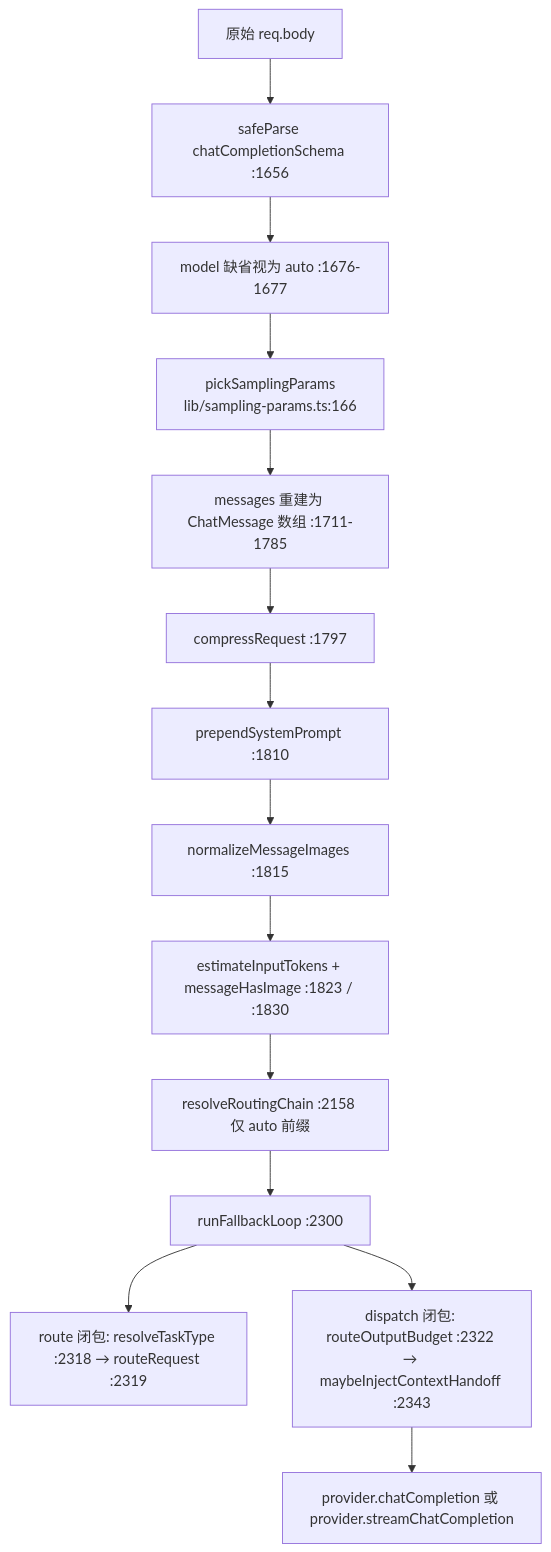
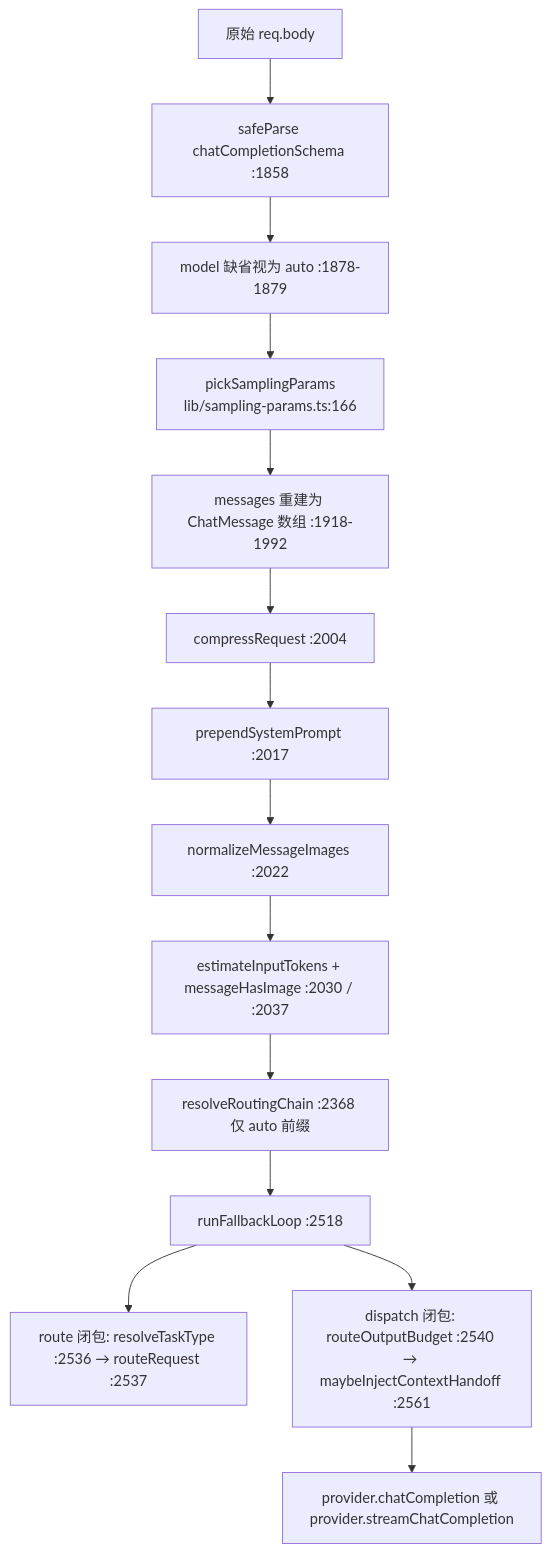
The third of 8 diagrams in docs/adrian/sourceReader/03-详细逐步说明-主链路拆解.md (adrian9778/freellmapi), drawn with Mermaid before and after one commit. The commit also changed other lines of this file and 12 other files, not shown here.

````diff
--- a/docs/adrian/sourceReader/03-详细逐步说明-主链路拆解.md
+++ b/docs/adrian/sourceReader/03-详细逐步说明-主链路拆解.md
@@ -154,16 +154,16 @@
 ```mermaid
 flowchart TD
-    RawBody[原始 req.body] --> V[safeParse chatCompletionSchema :1656]
-    V --> A[model 缺省视为 auto :1676-1677]
+    RawBody[原始 req.body] --> V[safeParse chatCompletionSchema :1858]
+    V --> A[model 缺省视为 auto :1878-1879]
     A --> P[pickSamplingParams<br/>lib/sampling-params.ts:166]
-    P --> M[messages 重建为 ChatMessage 数组 :1711-1785]
-    M --> CP[compressRequest :1797]
-    CP --> SP[prependSystemPrompt :1810]
-    SP --> IMG[normalizeMessageImages :1815]
-    IMG --> EST[estimateInputTokens + messageHasImage :1823 / :1830]
-    EST --> CH[resolveRoutingChain :2158 仅 auto 前缀]
-    CH --> LOOP[runFallbackLoop :2300]
-    LOOP --> RT[route 闭包: resolveTaskType :2318 → routeRequest :2319]
-    LOOP --> DI[dispatch 闭包: routeOutputBudget :2322 → maybeInjectContextHandoff :2343]
+    P --> M[messages 重建为 ChatMessage 数组 :1918-1992]
+    M --> CP[compressRequest :2004]
+    CP --> SP[prependSystemPrompt :2017]
+    SP --> IMG[normalizeMessageImages :2022]
+    IMG --> EST[estimateInputTokens + messageHasImage :2030 / :2037]
+    EST --> CH[resolveRoutingChain :2368 仅 auto 前缀]
+    CH --> LOOP[runFallbackLoop :2518]
+    LOOP --> RT[route 闭包: resolveTaskType :2536 → routeRequest :2537]
+    LOOP --> DI[dispatch 闭包: routeOutputBudget :2540 → maybeInjectContextHandoff :2561]
     DI --> SEND[provider.chatCompletion 或 provider.streamChatCompletion]
 ```
````
